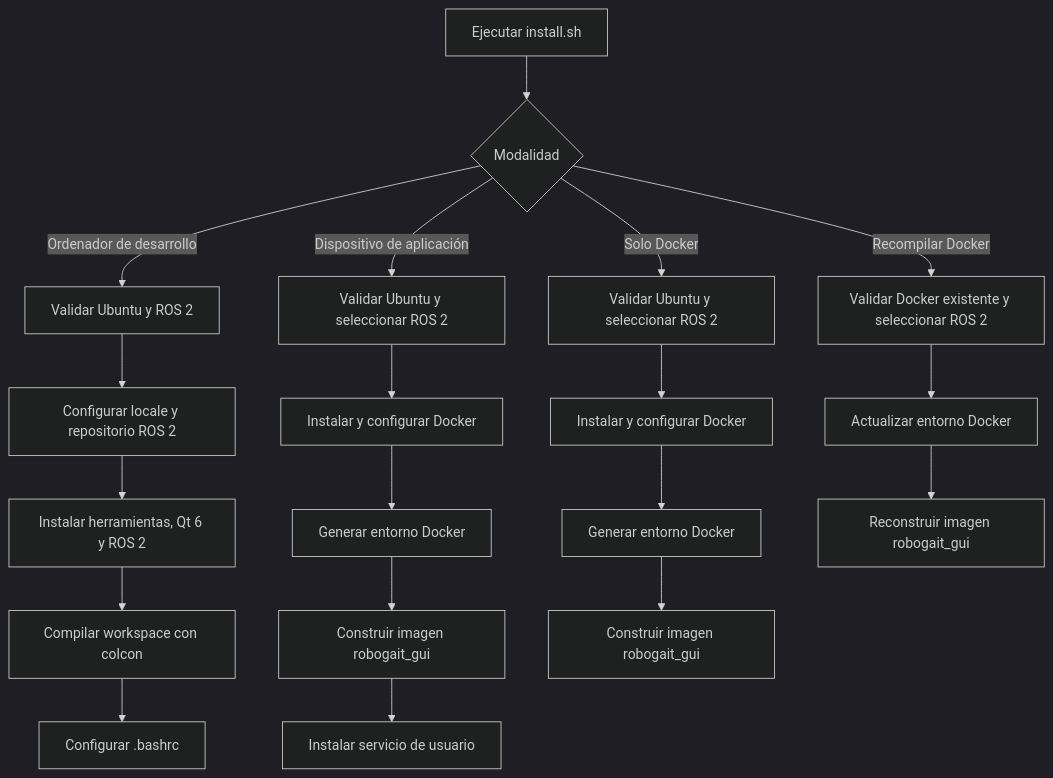
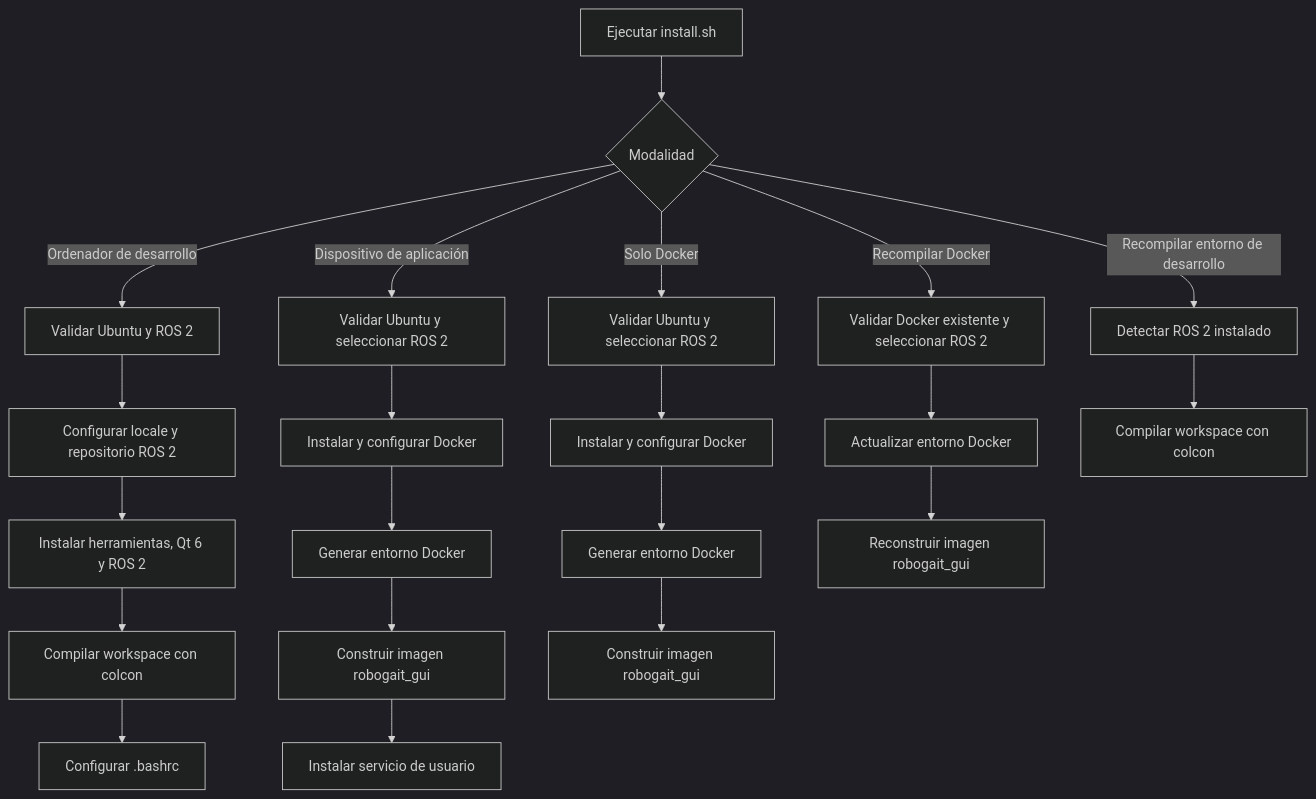
The diagram in scripts/README.md (victor-villamar/GUI_ROBOGait_V2), drawn with Mermaid (dark theme) before and after one commit. The commit also changed other lines of this file and 3 other files, not shown here.

Commit message:
[feature/lyrical_jazzy_nav2_msg_compatibility] Document automatic development workspace rebuild workflow

````diff
--- a/scripts/README.md
+++ b/scripts/README.md
@@ -50,25 +50,28 @@
 ```mermaid
 flowchart TD
     Start[Ejecutar install.sh] --> Mode{Modalidad}
 
     Mode -->|Ordenador de desarrollo| Dev[Validar Ubuntu y ROS 2]
     Dev --> Locale[Configurar locale y repositorio ROS 2]
     Locale --> Dependencies[Instalar herramientas, Qt 6 y ROS 2]
     Dependencies --> Build[Compilar workspace con colcon]
     Build --> Bashrc[Configurar .bashrc]
 
     Mode -->|Dispositivo de aplicación| Device[Validar Ubuntu y seleccionar ROS 2]
     Device --> DeviceDocker[Instalar y configurar Docker]
     DeviceDocker --> DeviceEnvironment[Generar entorno Docker]
     DeviceEnvironment --> DeviceImage[Construir imagen robogait_gui]
     DeviceImage --> Service[Instalar servicio de usuario]
 
     Mode -->|Solo Docker| DockerOnly[Validar Ubuntu y seleccionar ROS 2]
     DockerOnly --> OnlyDocker[Instalar y configurar Docker]
     OnlyDocker --> OnlyEnvironment[Generar entorno Docker]
     OnlyEnvironment --> OnlyImage[Construir imagen robogait_gui]
 
     Mode -->|Recompilar Docker| Rebuild[Validar Docker existente y seleccionar ROS 2]
     Rebuild --> RebuildEnvironment[Actualizar entorno Docker]
     RebuildEnvironment --> RebuildImage[Reconstruir imagen robogait_gui]
+
+    Mode -->|Recompilar entorno de desarrollo| RebuildDev[Detectar ROS 2 instalado]
+    RebuildDev --> RebuildWorkspace[Compilar workspace con colcon]
 ```
````
